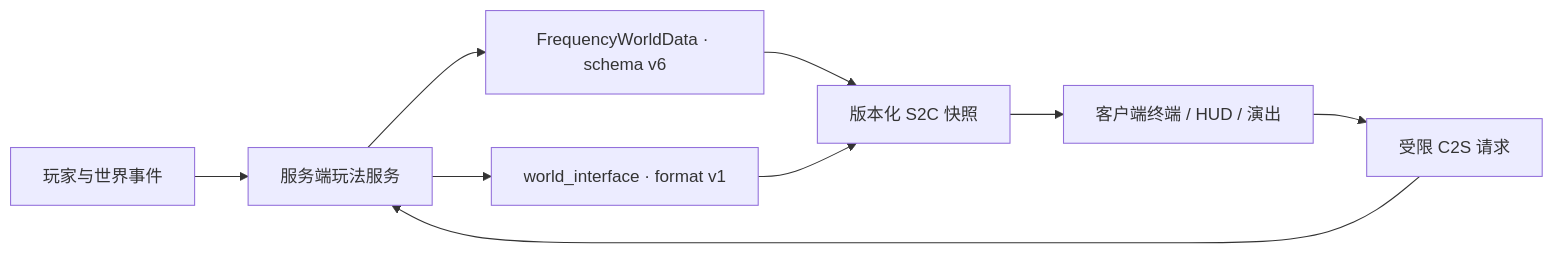
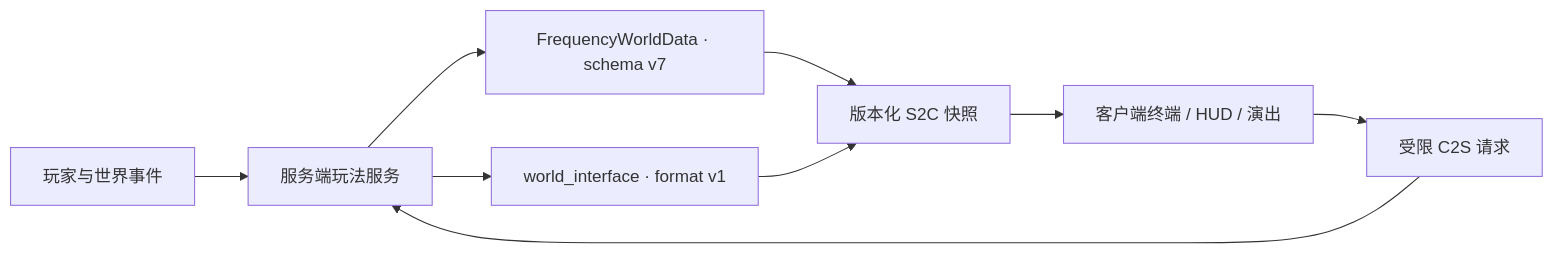
The diagram in docs/architecture.md (xiaoming6680/MC-The-Fourth-Frequency), drawn with Mermaid before and after one commit. The commit also changed other lines of this file and 40 other files, not shown here.

````diff
--- a/docs/architecture.md
+++ b/docs/architecture.md
@@ -36,11 +36,11 @@
 ```mermaid
 flowchart LR
     P["玩家与世界事件"] --> S["服务端玩法服务"]
-    S --> W["FrequencyWorldData · schema v6"]
+    S --> W["FrequencyWorldData · schema v7"]
     S --> I["world_interface · format v1"]
     W --> N["版本化 S2C 快照"]
     I --> N
     N --> C["客户端终端 / HUD / 演出"]
     C --> Q["受限 C2S 请求"]
     Q --> S
 ```
````
